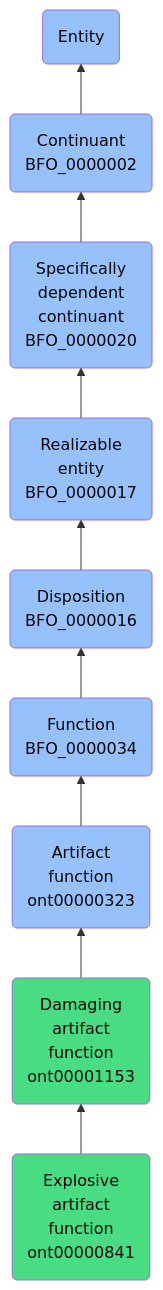
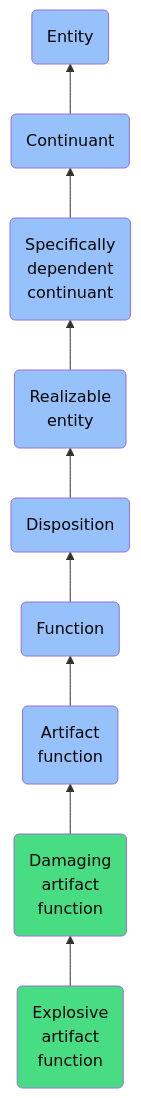
Before and after one commit to jupyter-naas/abi: the diagram in docs/ontology/reference/model/Entity/Continuant/Specifically dependent continuant/Realizable entity/Disposition/Function/Artifact function/Damaging artifact function/Explosive artifact function/Explosive artifact function.md, drawn with Mermaid. The commit also changed other lines of this file and 1430 other files, not shown here.

````diff
--- a/docs/ontology/reference/model/Entity/Continuant/Specifically dependent continuant/Realizable entity/Disposition/Function/Artifact function/Damaging artifact function/Explosive artifact function/Explosive artifact function.md
+++ b/docs/ontology/reference/model/Entity/Continuant/Specifically dependent continuant/Realizable entity/Disposition/Function/Artifact function/Damaging artifact function/Explosive artifact function/Explosive artifact function.md
@@ -24,16 +24,16 @@
 ```mermaid
 graph BT
-    ont00000841(Explosive<br>artifact<br>function<br>ont00000841):::ABI-->ont00001153
-    ont00001153(Damaging<br>artifact<br>function<br>ont00001153):::ABI-->ont00000323
-    ont00000323(Artifact<br>function<br>ont00000323):::BFO-->BFO_0000034
-    BFO_0000034(Function<br>BFO_0000034):::BFO-->BFO_0000016
-    BFO_0000016(Disposition<br>BFO_0000016):::BFO-->BFO_0000017
-    BFO_0000017(Realizable<br>entity<br>BFO_0000017):::BFO-->BFO_0000020
-    BFO_0000020(Specifically<br>dependent<br>continuant<br>BFO_0000020):::BFO-->BFO_0000002
-    BFO_0000002(Continuant<br>BFO_0000002):::BFO-->BFO_0000001
+    ont00000841(Explosive<br>artifact<br>function):::ABI-->ont00001153
+    ont00001153(Damaging<br>artifact<br>function):::ABI-->ont00000323
+    ont00000323(Artifact<br>function):::BFO-->BFO_0000034
+    BFO_0000034(Function):::BFO-->BFO_0000016
+    BFO_0000016(Disposition):::BFO-->BFO_0000017
+    BFO_0000017(Realizable<br>entity):::BFO-->BFO_0000020
+    BFO_0000020(Specifically<br>dependent<br>continuant):::BFO-->BFO_0000002
+    BFO_0000002(Continuant):::BFO-->BFO_0000001
     BFO_0000001(Entity):::BFO
     
     classDef BFO fill:#97c1fb,color:#060606
     classDef CCO fill:#e4c51e,color:#060606
     classDef ABI fill:#48DD82,color:#060606
 ```
````
